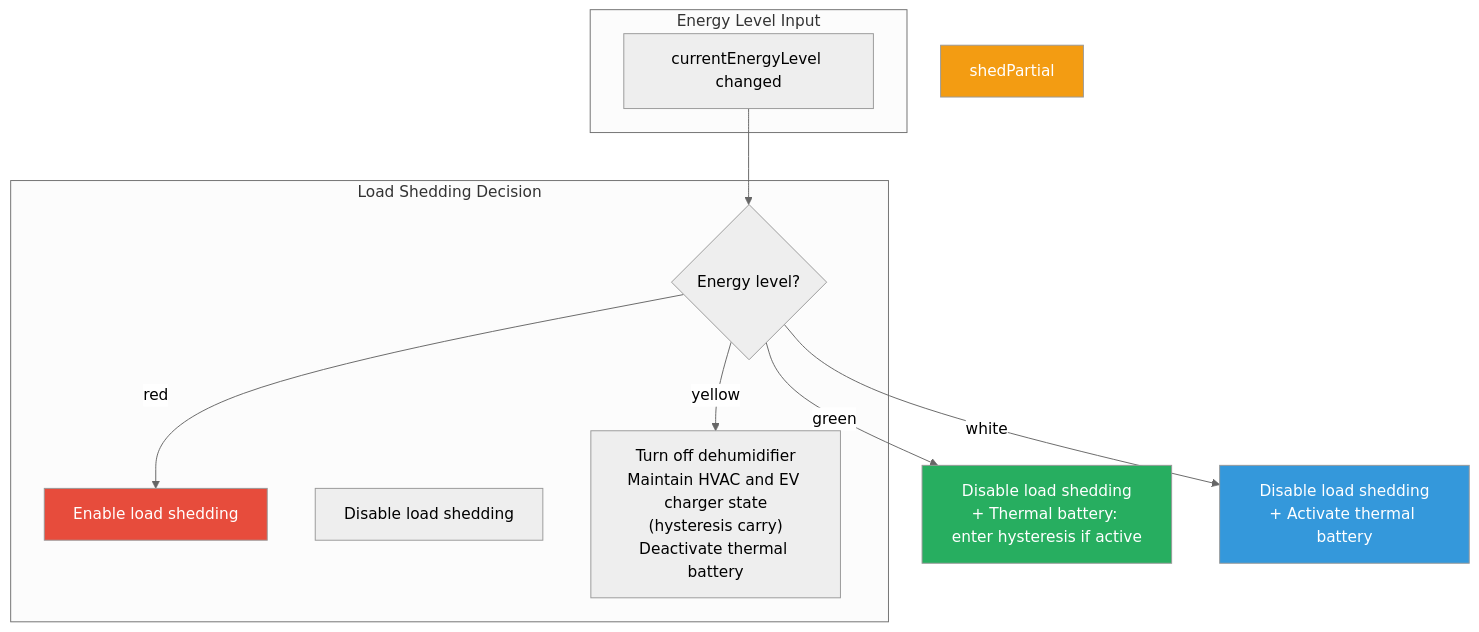
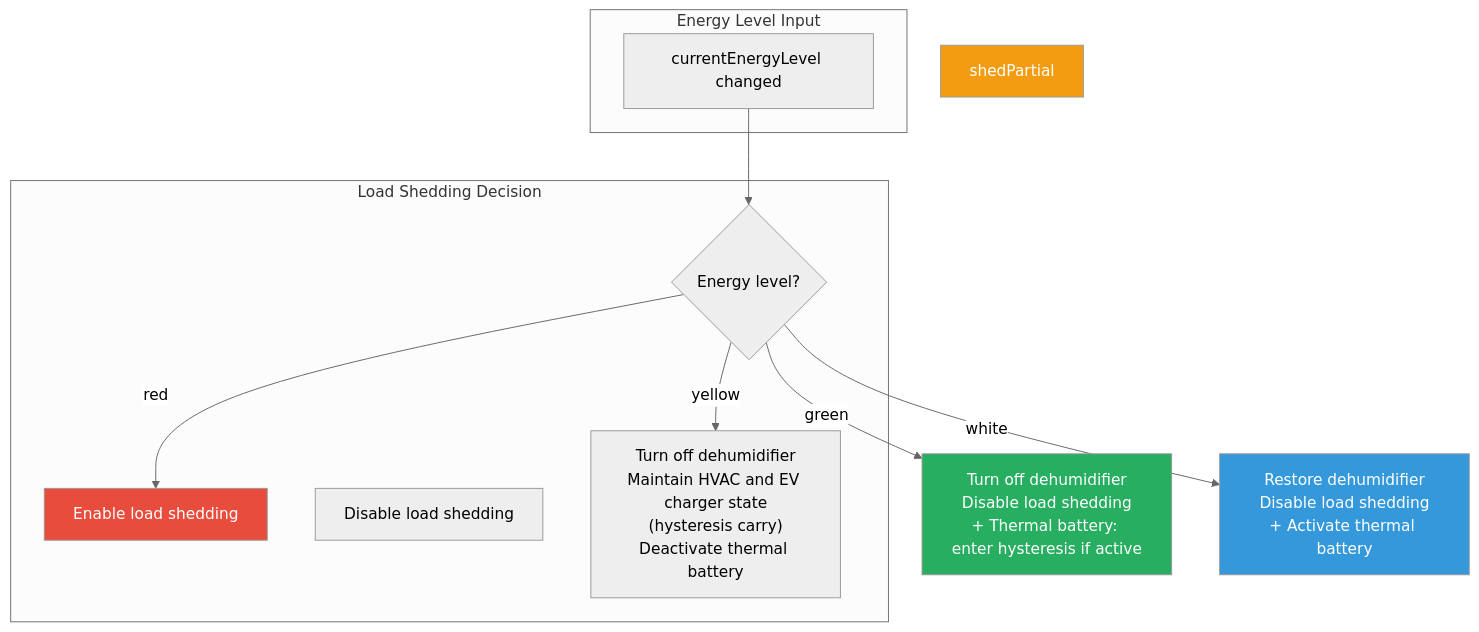
The first of 7 diagrams in docs/flows/LOAD_SHEDDING.md (NickBorgers/home-automation), drawn with Mermaid (neutral theme) before and after one commit. The commit also changed other lines of this file and 2 other files, not shown here.

Commit message:
Fix #1280: make dehumidifier white-only

````diff
--- a/docs/flows/LOAD_SHEDDING.md
+++ b/docs/flows/LOAD_SHEDDING.md
@@ -15,24 +17,24 @@
 ```mermaid
 flowchart TD
     subgraph Input["Energy Level Input"]
         currentLevel["currentEnergyLevel changed"]
     end
 
     subgraph Decision["Load Shedding Decision"]
         checkLevel{"Energy level?"}
         enableLS["Enable load shedding"]
         disableLS["Disable load shedding"]
         maintain["Maintain current state<br/>(hysteresis)"]
     end
 
     currentLevel --> checkLevel
     checkLevel -->|red| enableLS
-    checkLevel -->|green| greenAction["Disable load shedding<br/>+ Thermal battery: enter hysteresis if active"]
-    checkLevel -->|white| thermalBattery["Disable load shedding<br/>+ Activate thermal battery"]
+    checkLevel -->|green| greenAction["Turn off dehumidifier<br/>Disable load shedding<br/>+ Thermal battery: enter hysteresis if active"]
+    checkLevel -->|white| thermalBattery["Restore dehumidifier<br/>Disable load shedding<br/>+ Activate thermal battery"]
     checkLevel -->|yellow| maintain["Turn off dehumidifier<br/>Maintain HVAC and EV charger state<br/>(hysteresis carry)<br/>Deactivate thermal battery"]
 
     style enableLS fill:#e74c3c,color:#fff
     style greenAction fill:#27ae60,color:#fff
     style thermalBattery fill:#3498db,color:#fff
     style shedPartial fill:#f39c12,color:#fff
 ```
````
